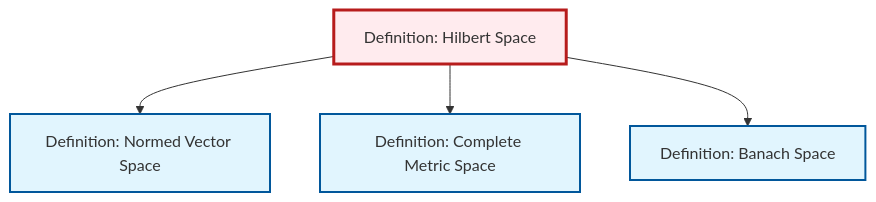
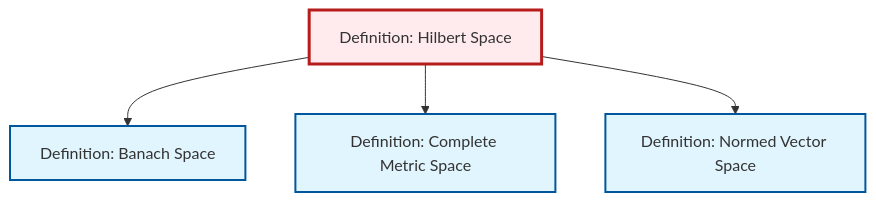
The diagram in content/en/analysis/def-hilbert-space.qmd (RK0429/ModernMath), drawn with Mermaid before and after one commit. The commit also changed other lines of this file and 1069 other files, not shown here.

````diff
--- a/content/en/analysis/def-hilbert-space.qmd
+++ b/content/en/analysis/def-hilbert-space.qmd
@@ -169,20 +169,20 @@
 ```{mermaid}
 %%| fig-cap: "Local dependency graph"
 graph TD
     classDef definition fill:#e1f5fe,stroke:#01579b,stroke-width:2px
     classDef theorem fill:#f3e5f5,stroke:#4a148c,stroke-width:2px
     classDef axiom fill:#fff3e0,stroke:#e65100,stroke-width:2px
     classDef example fill:#e8f5e9,stroke:#1b5e20,stroke-width:2px
     classDef current fill:#ffebee,stroke:#b71c1c,stroke-width:3px
     def-hilbert-space["Definition: Hilbert Space"]:::definition
+    def-complete-metric-space["Definition: Complete Metric Space"]:::definition
     def-normed-vector-space["Definition: Normed Vector Space"]:::definition
     def-banach-space["Definition: Banach Space"]:::definition
-    def-complete-metric-space["Definition: Complete Metric Space"]:::definition
+    def-hilbert-space --> def-banach-space
+    def-hilbert-space --> def-complete-metric-space
     def-hilbert-space --> def-normed-vector-space
-    def-hilbert-space --> def-complete-metric-space
-    def-hilbert-space --> def-banach-space
     class def-hilbert-space current
+    click def-complete-metric-space "def-complete-metric-space.html" "Go to Complete Metric Space definition"
     click def-normed-vector-space "def-normed-vector-space.html" "Go to Normed Vector Space definition"
     click def-banach-space "def-banach-space.html" "Go to Banach Space definition"
-    click def-complete-metric-space "def-complete-metric-space.html" "Go to Complete Metric Space definition"
 ```
````
